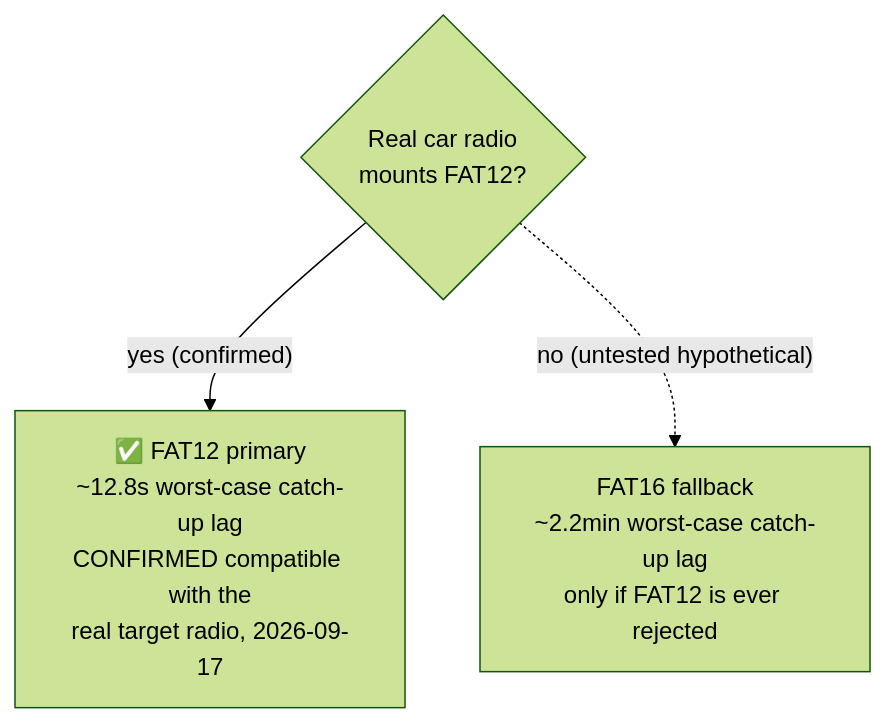
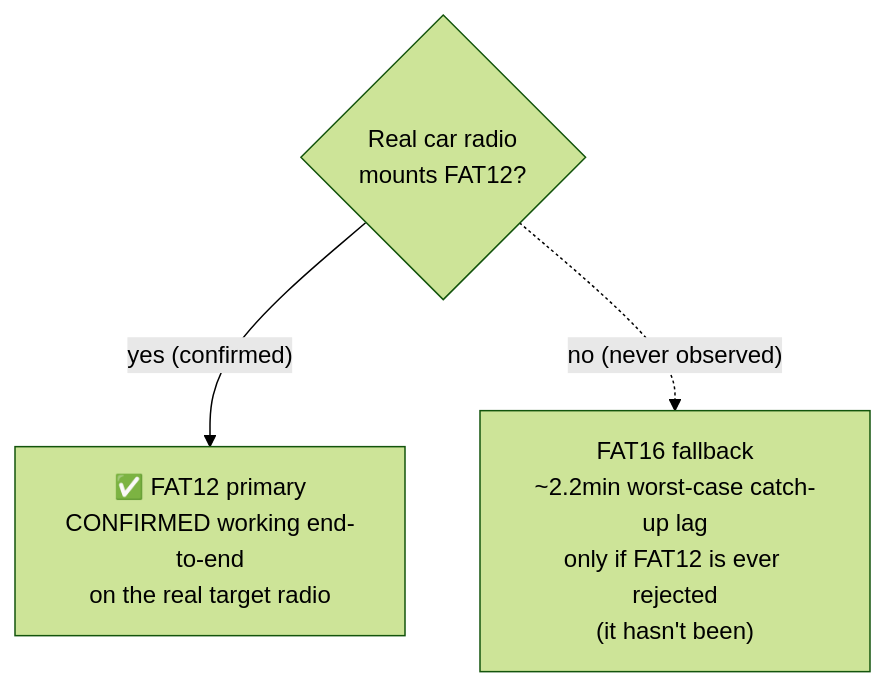
The third of 3 diagrams in ARCHITECTURE.md (Silenttttttt/esp32-bt-usb-mp3-dongle), drawn with Mermaid (forest theme) before and after one commit. The commit also changed other lines of this file and 16 other files, not shown here.

````diff
--- a/ARCHITECTURE.md
+++ b/ARCHITECTURE.md
@@ -113,9 +114,9 @@
 ```mermaid
 graph TD
     Start{"Real car radio<br/>mounts FAT12?"}
-    FAT12["✅ FAT12 primary<br/>~12.8s worst-case catch-up lag<br/>CONFIRMED compatible with the<br/>real target radio, 2026-09-17"]
-    FAT16["FAT16 fallback<br/>~2.2min worst-case catch-up lag<br/>only if FAT12 is ever rejected"]
+    FAT12["✅ FAT12 primary<br/>CONFIRMED working end-to-end<br/>on the real target radio"]
+    FAT16["FAT16 fallback<br/>~2.2min worst-case catch-up lag<br/>only if FAT12 is ever rejected<br/>(it hasn't been)"]
 
     Start -- "yes (confirmed)" --> FAT12
-    Start -. "no (untested hypothetical)" .-> FAT16
+    Start -. "no (never observed)" .-> FAT16
 ```
````
